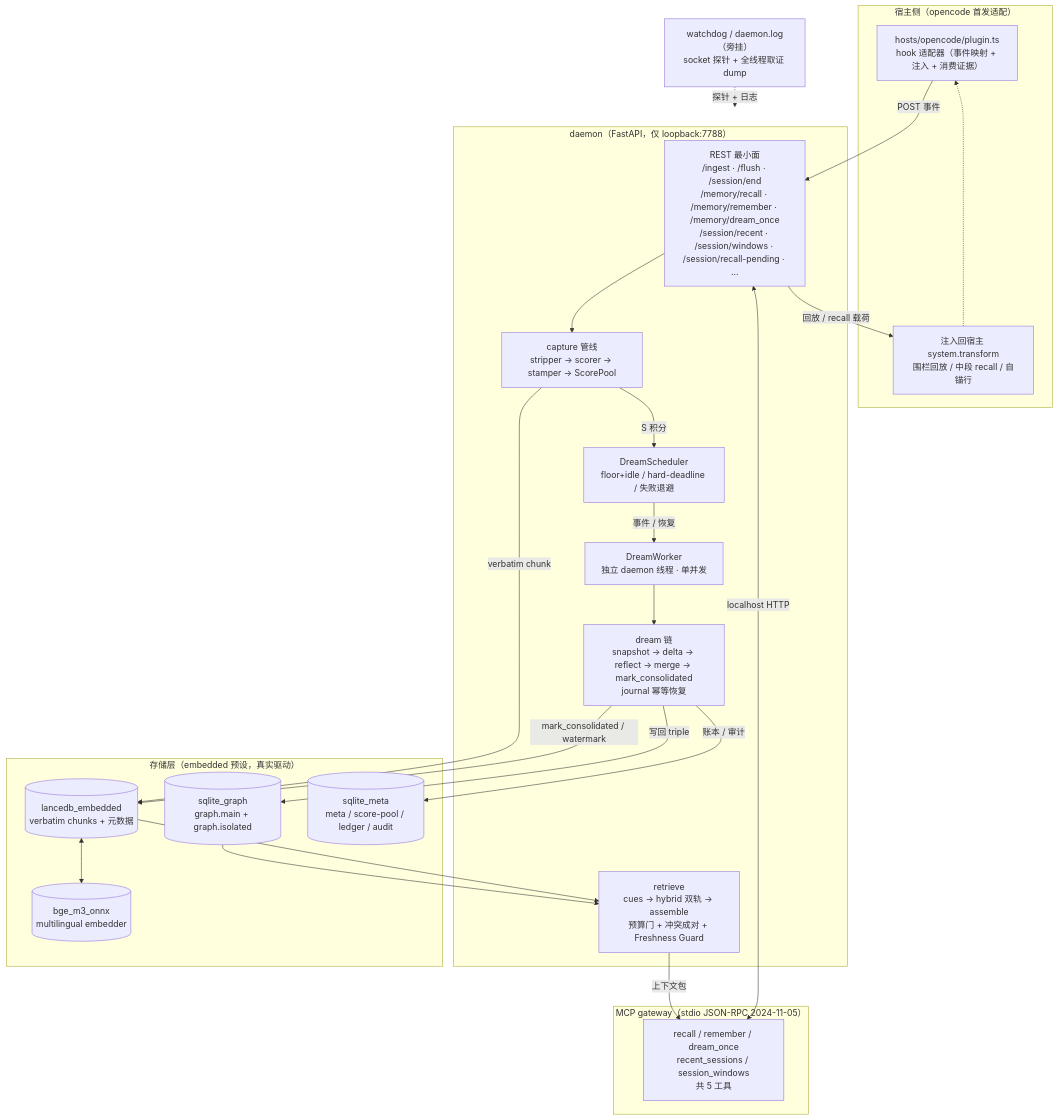
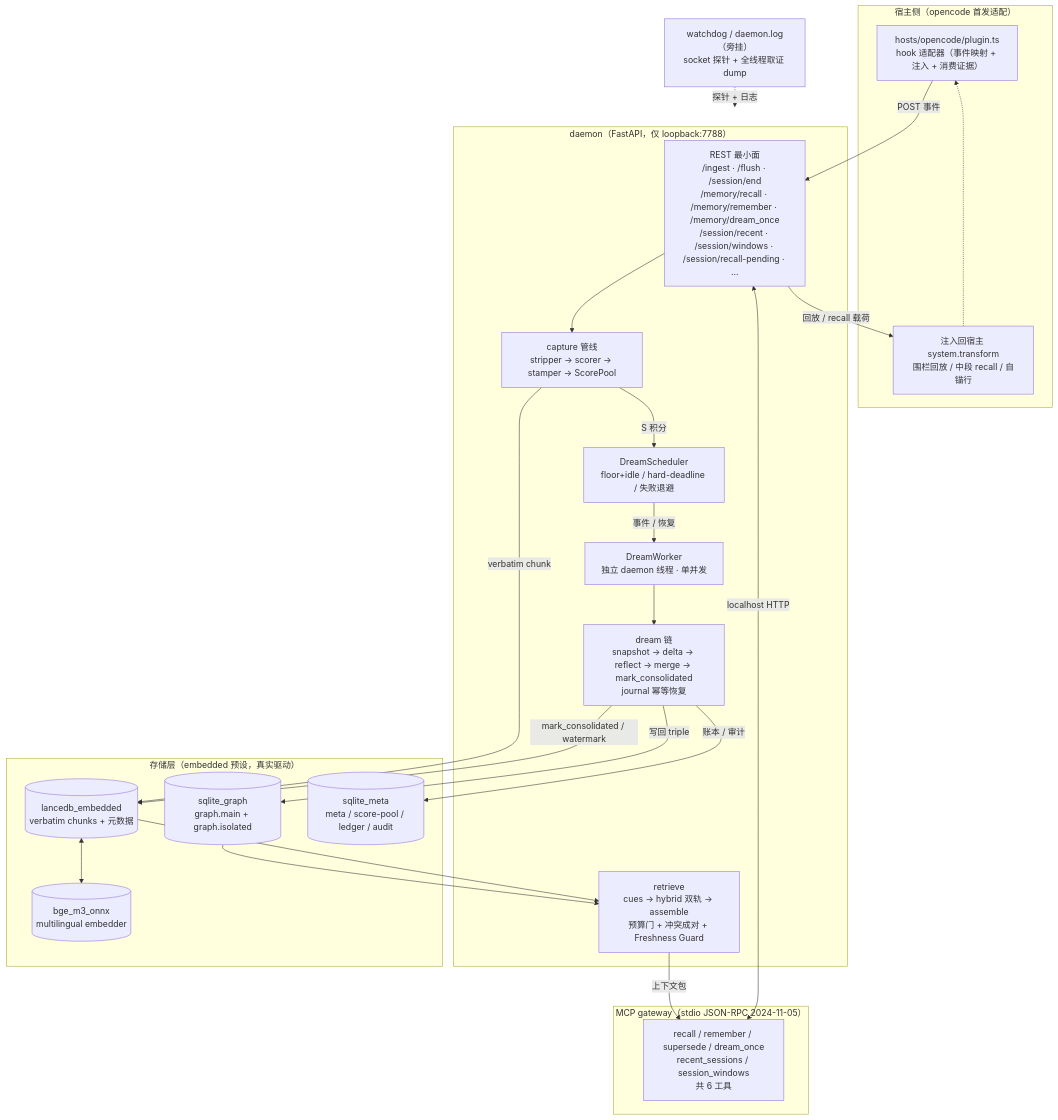
Before and after one commit to MnemoSeed/mnemoseed-local: the second of 2 diagrams in docs/zh/design/00-overview-and-philosophy.md, drawn with Mermaid. The commit also changed other lines of this file and 18 other files, not shown here.

Commit message:
feat: supersede verb with atomic SUPERSEDES link; expose valid_from on graph recall entries

````diff
--- a/docs/zh/design/00-overview-and-philosophy.md
+++ b/docs/zh/design/00-overview-and-philosophy.md
@@ -84,47 +84,47 @@
 ```mermaid
 flowchart TB
     subgraph Host["宿主侧（opencode 首发适配）"]
         H["hosts/opencode/plugin.ts<br/>hook 适配器（事件映射 + 注入 + 消费证据）"]
         INJ["注入回宿主 system.transform<br/>围栏回放 / 中段 recall / 自锚行"]
     end
 
     subgraph Daemon["daemon（FastAPI，仅 loopback:7788）"]
         RST["REST 最小面<br/>/ingest · /flush · /session/end<br/>/memory/recall · /memory/remember · /memory/dream_once<br/>/session/recent · /session/windows · /session/recall-pending · …"]
         CAP["capture 管线<br/>stripper → scorer → stamper → ScorePool"]
         SCD["DreamScheduler<br/>floor+idle / hard-deadline / 失败退避"]
         WK["DreamWorker<br/>独立 daemon 线程 · 单并发"]
         DREAM["dream 链<br/>snapshot → delta → reflect → merge → mark_consolidated<br/>journal 幂等恢复"]
         RET["retrieve<br/>cues → hybrid 双轨 → assemble<br/>预算门 + 冲突成对 + Freshness Guard"]
     end
 
     subgraph Store["存储层（embedded 预设，真实驱动）"]
         LV[("lancedb_embedded<br/>verbatim chunks + 元数据")]
         SG[("sqlite_graph<br/>graph.main + graph.isolated")]
         SM[("sqlite_meta<br/>meta / score-pool / ledger / audit")]
         EM[("bge_m3_onnx<br/>multilingual embedder")]
     end
 
     subgraph MCP["MCP gateway（stdio JSON-RPC 2024-11-05）"]
-        GW["recall / remember / dream_once<br/>recent_sessions / session_windows<br/>共 5 工具"]
+        GW["recall / remember / supersede / dream_once<br/>recent_sessions / session_windows<br/>共 6 工具"]
     end
 
     WD["watchdog / daemon.log（旁挂）<br/>socket 探针 + 全线程取证 dump"]
 
     H -->|"POST 事件"| RST
     RST --> CAP
     CAP -->|"S 积分"| SCD
     SCD -->|"事件 / 恢复"| WK
     WK --> DREAM
     CAP -->|"verbatim chunk"| LV
     DREAM -->|"写回 triple"| SG
     DREAM -->|"mark_consolidated / watermark"| LV
     DREAM -->|"账本 / 审计"| SM
     LV <--> EM
     SG --> RET
     LV --> RET
     RET -->|"上下文包"| GW
     GW <-->|"localhost HTTP"| RST
     RST -->|"回放 / recall 载荷"| INJ
     INJ -.-> H
     WD -.->|"探针 + 日志"| Daemon
 ```
````
